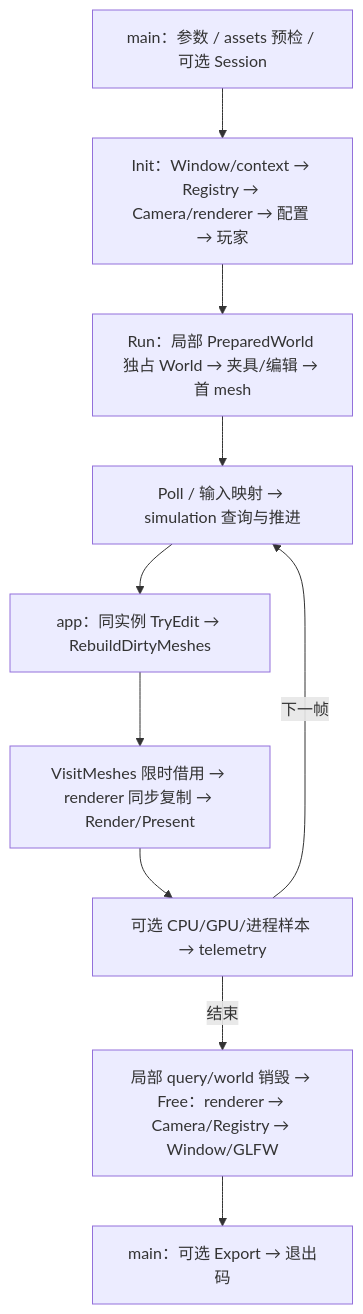
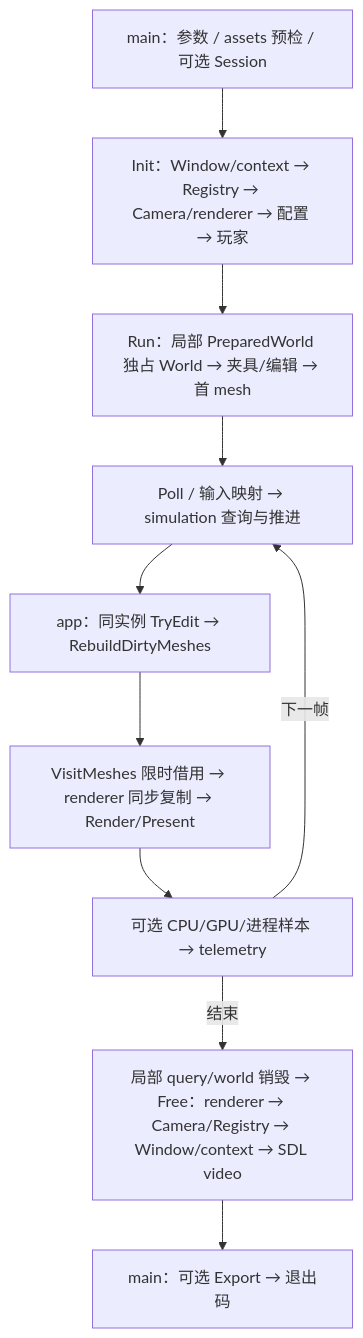
One commit to AmoLim/SymoCraft changed the diagram in docs/project/architecture/app/App-运行编排-功能.md. Above: the diagram before and after it, drawn with Mermaid. The commit also changed other lines of this file and 169 other files, not shown here.

````diff
--- a/docs/project/architecture/app/App-运行编排-功能.md
+++ b/docs/project/architecture/app/App-运行编排-功能.md
@@ -26,12 +26,12 @@
 ```mermaid
 flowchart TD
     args["main：参数 / assets 预检 / 可选 Session"] --> init["Init：Window/context → Registry → Camera/renderer → 配置 → 玩家"]
     init --> prepare["Run：局部 PreparedWorld 独占 World → 夹具/编辑 → 首 mesh"]
     prepare --> input["Poll / 输入映射 → simulation 查询与推进"]
     input --> edit["app：同实例 TryEdit → RebuildDirtyMeshes"]
     edit --> pack["VisitMeshes 限时借用 → renderer 同步复制 → Render/Present"]
     pack --> sample["可选 CPU/GPU/进程样本 → telemetry"]
     sample -->|下一帧| input
-    sample -->|结束| close["局部 query/world 销毁 → Free：renderer → Camera/Registry → Window/GLFW"]
+    sample -->|结束| close["局部 query/world 销毁 → Free：renderer → Camera/Registry → Window/context → SDL video"]
     close --> export["main：可选 Export → 退出码"]
 ```
````
